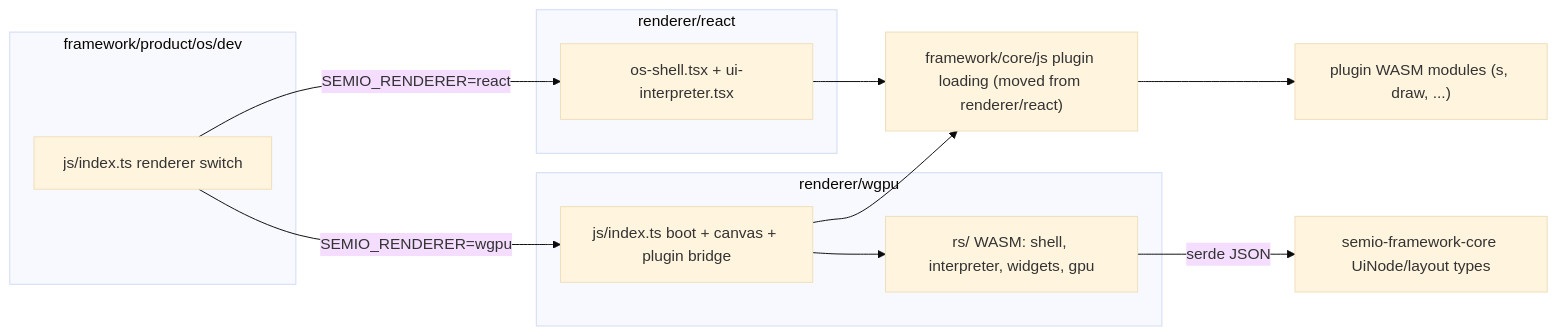
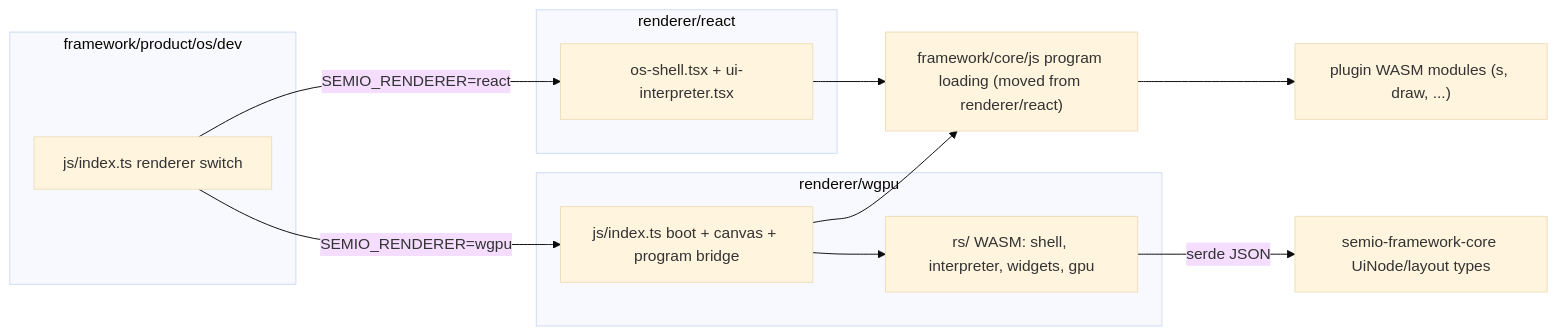
The diagram in .cursor/plans/raw_wgpu_renderer_abf93943.plan.md (usalu/semio), drawn with Mermaid (base theme) before and after one commit. The commit also changed other lines of this file and 1361 other files, not shown here.

````diff
--- a/.cursor/plans/raw_wgpu_renderer_abf93943.plan.md
+++ b/.cursor/plans/raw_wgpu_renderer_abf93943.plan.md
@@ -48,24 +48,24 @@
 ```mermaid
 flowchart LR
   subgraph devhost [framework/product/os/dev]
     IndexTs["js/index.ts renderer switch"]
   end
   subgraph reactR [renderer/react]
     OsShell["os-shell.tsx + ui-interpreter.tsx"]
   end
   subgraph wgpuR [renderer/wgpu]
-    JsGlue["js/index.ts boot + canvas + plugin bridge"]
+    JsGlue["js/index.ts boot + canvas + program bridge"]
     RsCore["rs/ WASM: shell, interpreter, widgets, gpu"]
   end
-  PluginLoader["framework/core/js plugin loading (moved from renderer/react)"]
+  PluginLoader["framework/core/js program loading (moved from renderer/react)"]
   Plugins["plugin WASM modules (s, draw, ...)"]
   CoreRs["semio-framework-core UiNode/layout types"]
 
   IndexTs -->|SEMIO_RENDERER=react| OsShell
   IndexTs -->|SEMIO_RENDERER=wgpu| JsGlue
   JsGlue --> RsCore
   OsShell --> PluginLoader
   JsGlue --> PluginLoader
   PluginLoader --> Plugins
   RsCore -->|serde JSON| CoreRs
 ```
````
